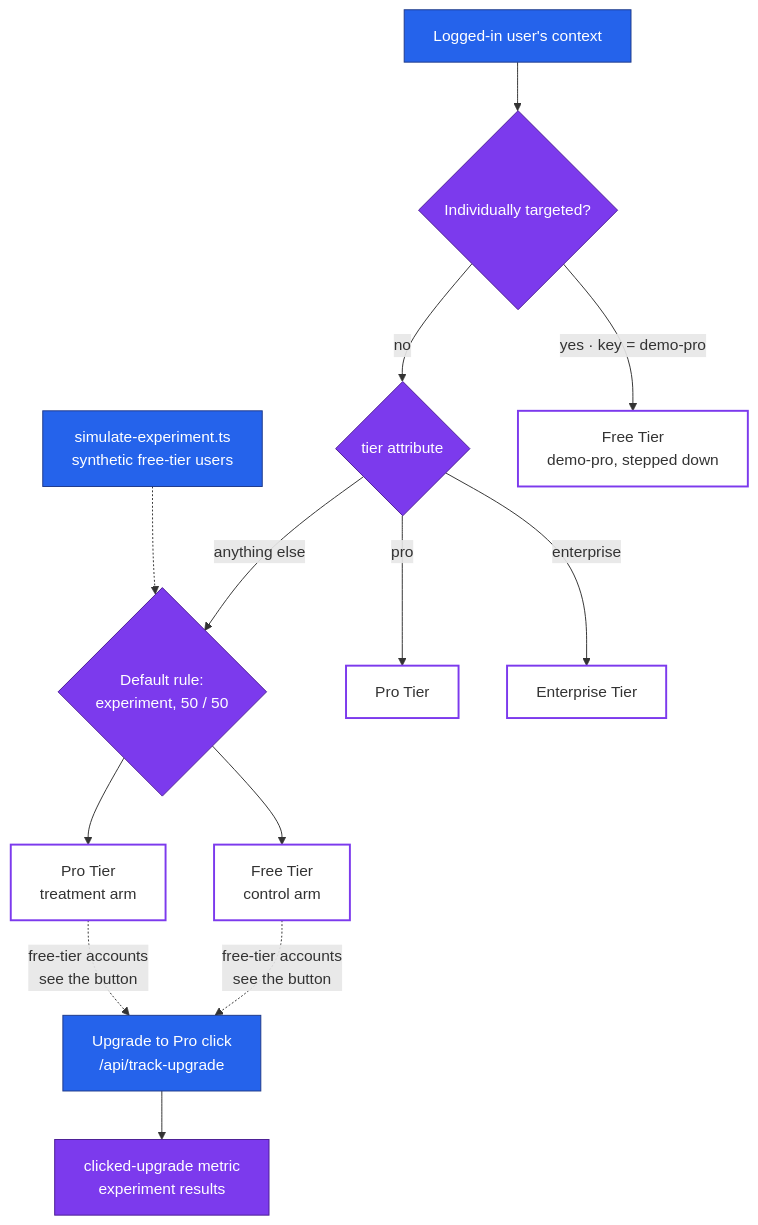
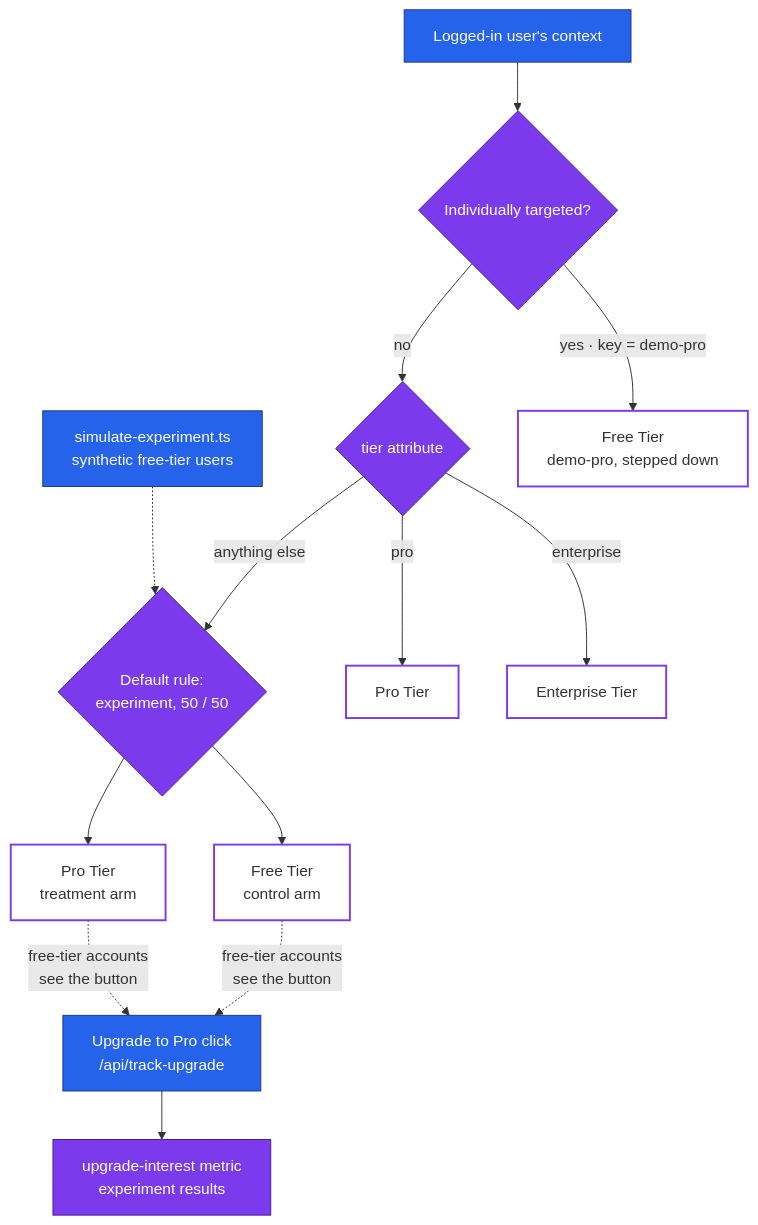
The fourth of 5 diagrams in docs/ARCHITECTURE.md (hiddenintel-rc/nimbus-ai-sample), drawn with Mermaid before and after one commit. The commit also changed other lines of this file and 1 other file, not shown here.

Commit message:
Record the tier experiment's result and decision

````diff
--- a/docs/ARCHITECTURE.md
+++ b/docs/ARCHITECTURE.md
@@ -168,35 +168,35 @@
 ```mermaid
 flowchart TD
     accTitle: chat-tier-config evaluation
     accDescr: LaunchDarkly first checks individual targets, so demo-pro is served Free Tier. Otherwise the tier attribute routes pro to Pro Tier and enterprise to Enterprise Tier. Everyone else reaches the default rule, a 50/50 experiment between Free and Pro. Free-tier users see an Upgrade button whose click is the experiment's conversion metric. A simulator script can generate synthetic traffic into the experiment.
 
     Ctx["Logged-in user's context"]:::nimbus
     Sim["simulate-experiment.ts<br/>synthetic free-tier users"]:::nimbus
     Ind{"Individually targeted?"}:::ld
     Rule{"tier attribute"}:::ld
     Exp{"Default rule:<br/>experiment, 50 / 50"}:::ld
 
     Down["Free Tier<br/>demo-pro, stepped down"]:::variation
     Pro["Pro Tier"]:::variation
     Ent["Enterprise Tier"]:::variation
     Ctrl["Free Tier<br/>control arm"]:::variation
     Treat["Pro Tier<br/>treatment arm"]:::variation
     Click["Upgrade to Pro click<br/>/api/track-upgrade"]:::nimbus
-    Metric["clicked-upgrade metric<br/>experiment results"]:::ld
+    Metric["upgrade-interest metric<br/>experiment results"]:::ld
 
     Ctx --> Ind
     Ind -->|"yes · key = demo-pro"| Down
     Ind -->|no| Rule
     Rule -->|pro| Pro
     Rule -->|enterprise| Ent
     Rule -->|"anything else"| Exp
     Sim -.-> Exp
     Exp --> Ctrl
     Exp --> Treat
     Ctrl & Treat -.->|"free-tier accounts<br/>see the button"| Click
     Click --> Metric
 
     classDef nimbus fill:#2563eb,stroke:#1e3a8a,color:#fff
     classDef ld fill:#7c3aed,stroke:#4c1d95,color:#fff
     classDef variation fill:none,stroke:#7c3aed,stroke-width:2px
 ```
````
